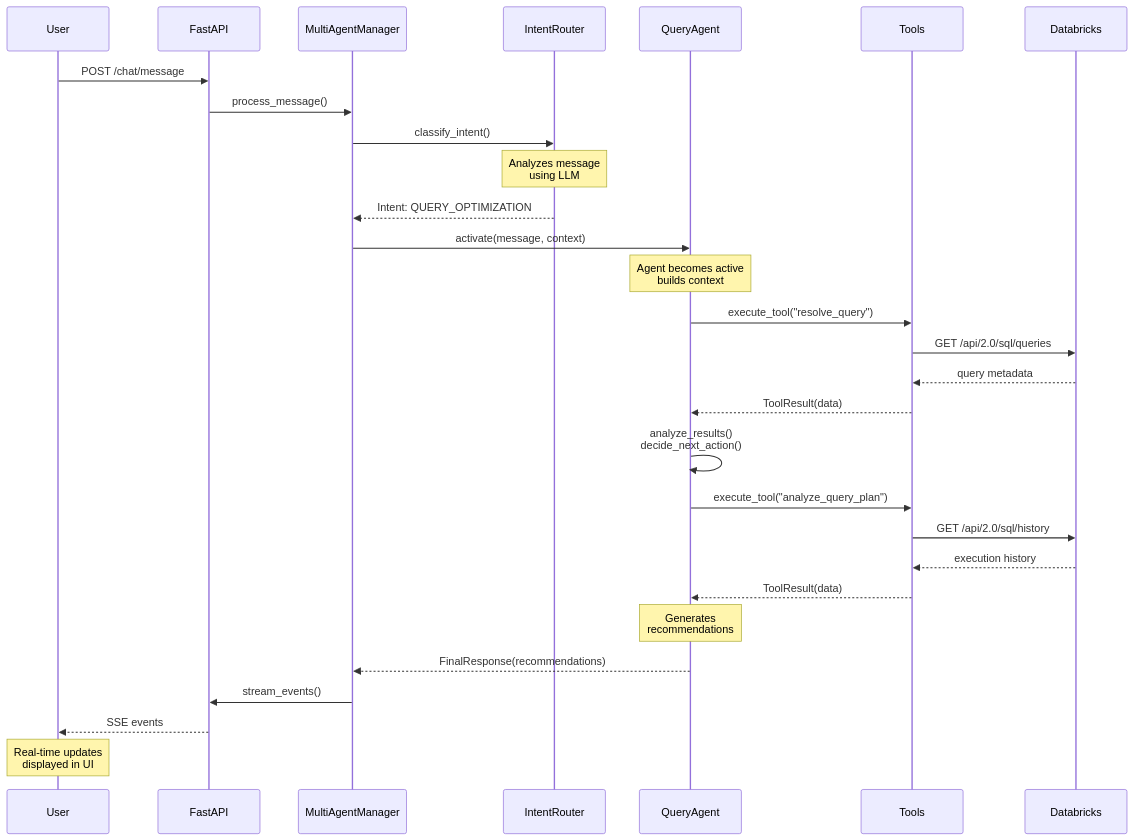
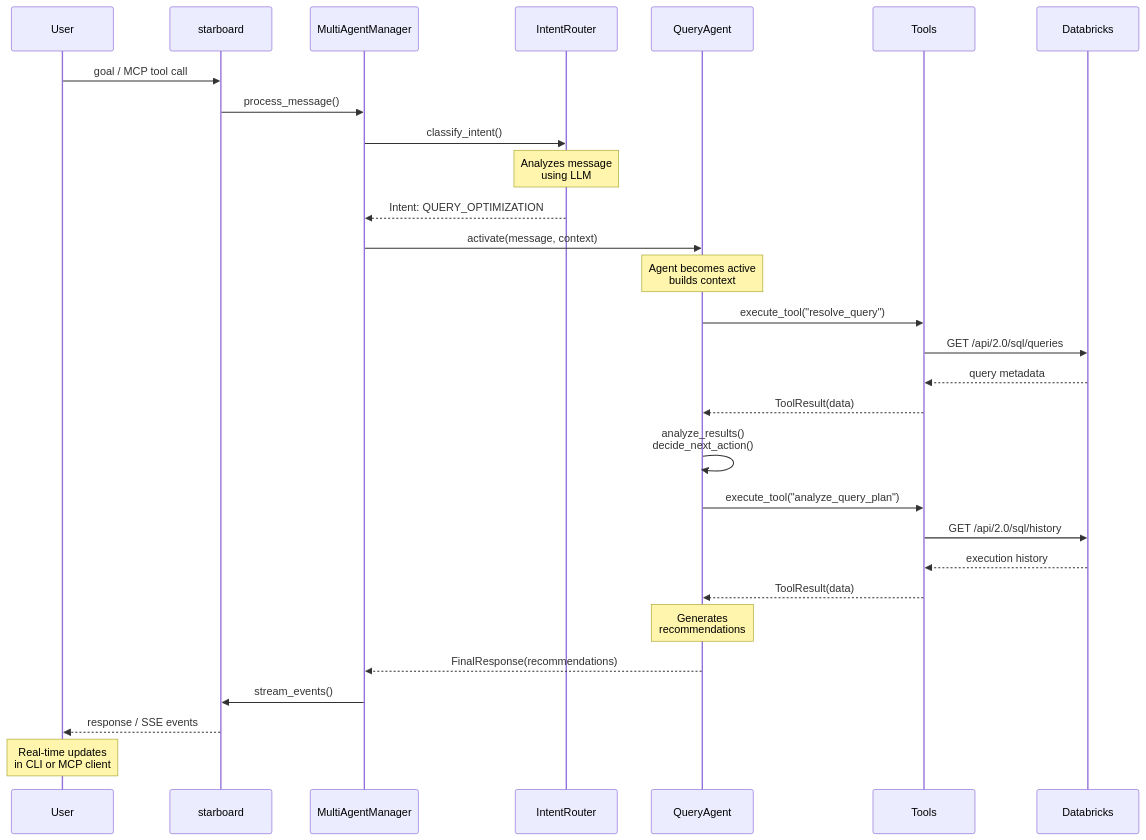
Before and after one commit to bluewatersql/starboard: the second of 2 diagrams in docs/index.md, drawn with Mermaid. The commit also changed other lines of this file and 2 other files, not shown here.

First line of the commit message:
docs: update index, what-is-starboard, and Claude Code integration for 3-package structure

````diff
--- a/docs/index.md
+++ b/docs/index.md
@@ -101,43 +102,43 @@
 ```mermaid
 %%{init: {'theme':'default', 'themeVariables': {'fontSize':'16px'}}}%%
 
 sequenceDiagram
     participant U as User
-    participant API as FastAPI
+    participant API as starboard
     participant MM as MultiAgentManager
     participant IR as IntentRouter
     participant QA as QueryAgent
     participant T as Tools
     participant DB as Databricks
 
-    U->>API: POST /chat/message
+    U->>API: goal / MCP tool call
     API->>MM: process_message()
     MM->>IR: classify_intent()
 
     Note over IR: Analyzes message<br/>using LLM
 
     IR-->>MM: Intent: QUERY_OPTIMIZATION
     MM->>QA: activate(message, context)
 
     Note over QA: Agent becomes active<br/>builds context
 
     QA->>T: execute_tool("resolve_query")
     T->>DB: GET /api/2.0/sql/queries
     DB-->>T: query metadata
     T-->>QA: ToolResult(data)
 
     QA->>QA: analyze_results()<br/>decide_next_action()
 
     QA->>T: execute_tool("analyze_query_plan")
     T->>DB: GET /api/2.0/sql/history
     DB-->>T: execution history
     T-->>QA: ToolResult(data)
 
     Note over QA: Generates<br/>recommendations
 
     QA-->>MM: FinalResponse(recommendations)
     MM->>API: stream_events()
-    API-->>U: SSE events
+    API-->>U: response / SSE events
 
-    Note over U: Real-time updates<br/>displayed in UI
+    Note over U: Real-time updates<br/>in CLI or MCP client
 ```
````
